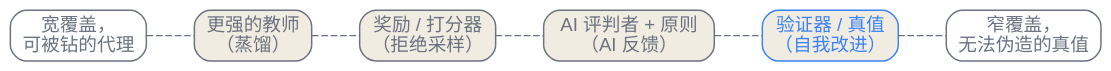
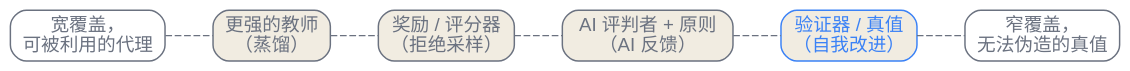
Before and after one commit to latere-ai/ai-as-an-infrastructure: the third of 3 diagrams in zh/adaptation/04-synthetic-data-self-improvement.qmd, drawn with Graphviz. The commit also changed other lines of this file and 94 other files, not shown here.

````diff
--- a/zh/adaptation/04-synthetic-data-self-improvement.qmd
+++ b/zh/adaptation/04-synthetic-data-self-improvement.qmd
@@ -124,20 +124,20 @@
 ```{dot}
 //| label: fig-synthetic-data-tradeoff
-//| fig-cap: "覆盖与可信空间中的四种判断来源。宽覆盖买到的是可被钻的代理，近乎无法伪造的真值要以覆盖为代价，各方法沿二者之间的反对角线分布。"
+//| fig-cap: "覆盖与可信空间中的四种判断来源。宽覆盖买到的是可被利用的代理，近乎无法伪造的真值要以覆盖为代价，各方法沿二者之间的反对角线分布。"
 digraph tradeoff {
   bgcolor="transparent";
   rankdir=LR;
   node [shape=box, style="rounded,filled", fontname="Helvetica", color="#6b7280", fontcolor="#6b7280", fillcolor="#f1ece1", penwidth=1.1];
   edge [color="#6b7280", fontcolor="#6b7280", arrowhead=none, style=dashed];
 
-  broad   [label="宽覆盖，\n可被钻的代理", fillcolor="transparent"];
+  broad   [label="宽覆盖，\n可被利用的代理", fillcolor="transparent"];
   narrow  [label="窄覆盖，\n无法伪造的真值", fillcolor="transparent"];
 
   teacher  [label="更强的教师\n（蒸馏）"];
-  rej      [label="奖励 / 打分器\n（拒绝采样）"];
+  rej      [label="奖励 / 评分器\n（拒绝采样）"];
   critic   [label="AI 评判者 + 原则\n（AI 反馈）"];
   verifier [label="验证器 / 真值\n（自我改进）", color="#3b82f6", fontcolor="#3b82f6"];
 
   broad -> teacher -> rej -> critic -> verifier -> narrow;
 }
 ```
````
